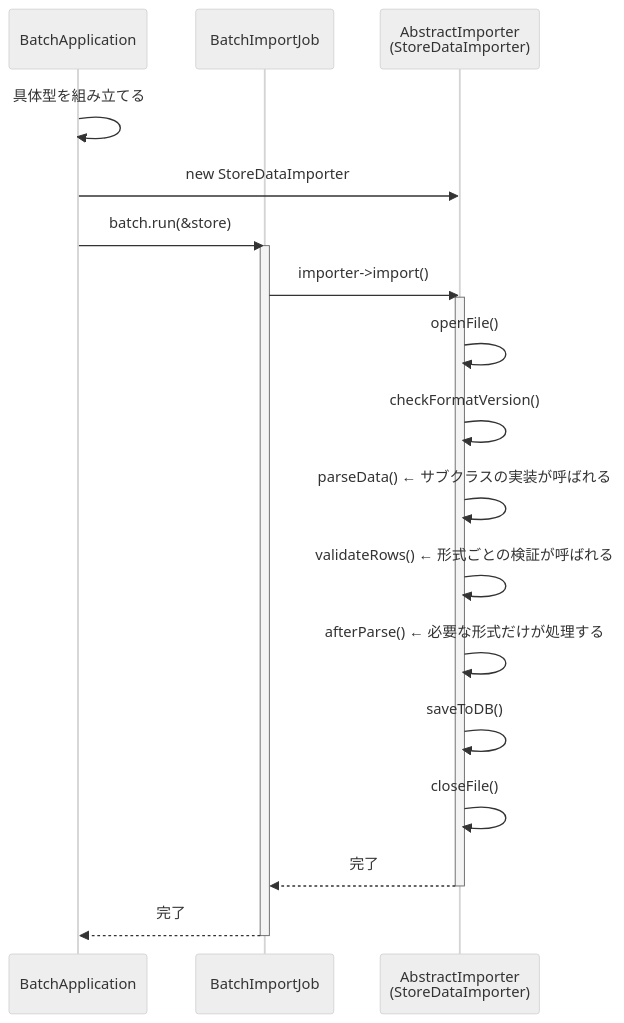
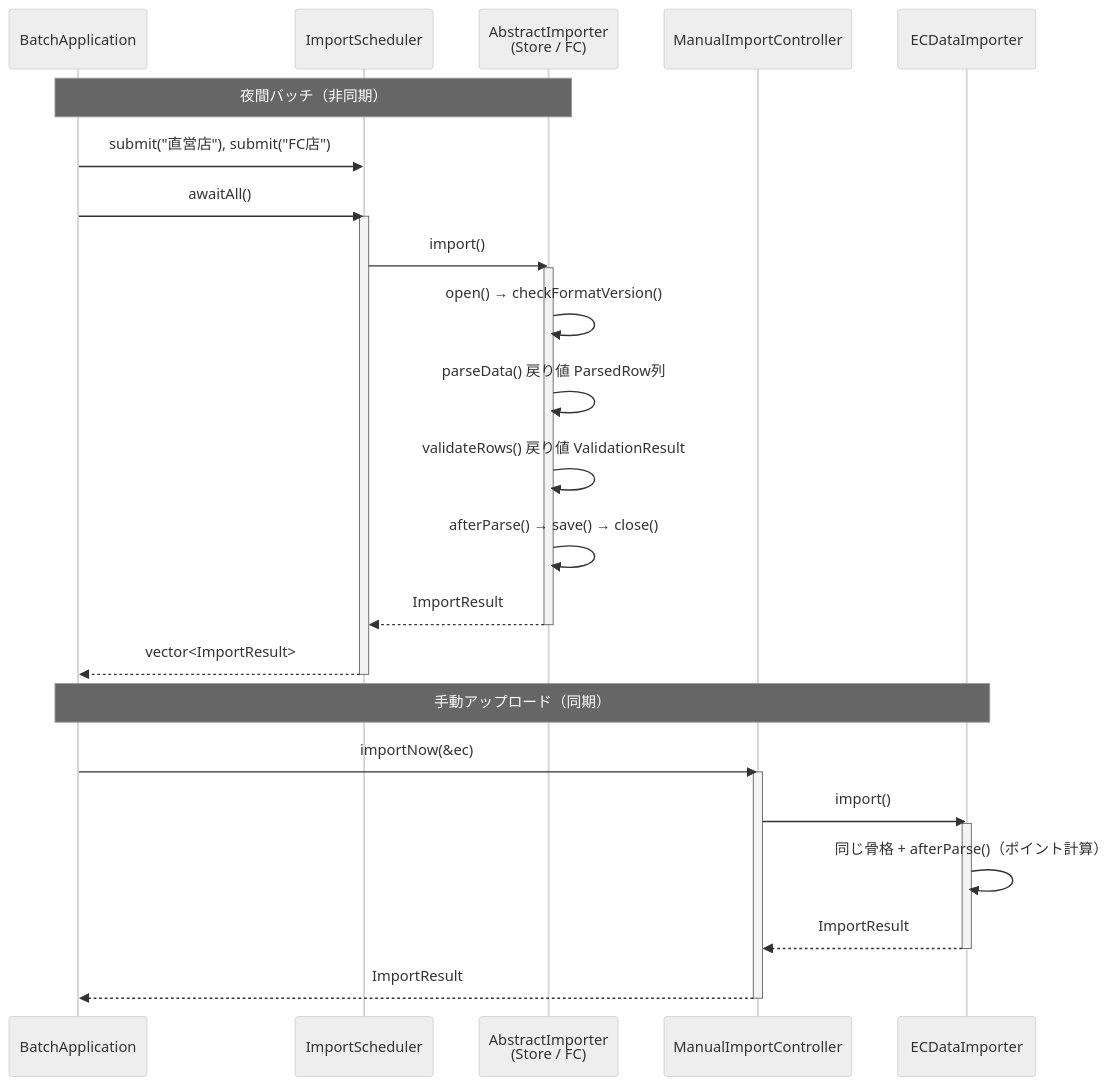
Before and after one commit to kumachan1101-pixel/DesignPattern: the fifth of 9 diagrams in kindle/design-patterns/output/chapter04.md, drawn with Mermaid (neutral theme). The commit also changed other lines of this file, not shown here.

````diff
--- a/kindle/design-patterns/output/chapter04.md
+++ b/kindle/design-patterns/output/chapter04.md
@@ -1454,24 +1430,34 @@
 ```mermaid
 sequenceDiagram
     participant B as BatchApplication
-    participant BIJ as BatchImportJob
-    participant AI as AbstractImporter<br/>(StoreDataImporter)
+    participant SC as ImportScheduler
+    participant AI as AbstractImporter<br/>(Store / FC)
+    participant MC as ManualImportController
+    participant EC as ECDataImporter
 
-    B->>B: 具体型を組み立てる
-    B->>AI: new StoreDataImporter
-    B->>BIJ: batch.run(&store)
-    activate BIJ
-    BIJ->>AI: importer->import()
+    Note over B,AI: 夜間バッチ（非同期）
+    B->>SC: submit("直営店"), submit("FC店")
+    B->>SC: awaitAll()
+    activate SC
+    SC->>AI: import()
     activate AI
-    AI->>AI: openFile()
-    AI->>AI: checkFormatVersion()
-    AI->>AI: parseData() ← サブクラスの実装が呼ばれる
-    AI->>AI: validateRows() ← 形式ごとの検証が呼ばれる
-    AI->>AI: afterParse() ← 必要な形式だけが処理する
-    AI->>AI: saveToDB()
-    AI->>AI: closeFile()
-    AI-->>BIJ: 完了
+    AI->>AI: open() → checkFormatVersion()
+    AI->>AI: parseData() 戻り値 ParsedRow列
+    AI->>AI: validateRows() 戻り値 ValidationResult
+    AI->>AI: afterParse() → save() → close()
+    AI-->>SC: ImportResult
     deactivate AI
-    BIJ-->>B: 完了
-    deactivate BIJ
+    SC-->>B: vector<ImportResult>
+    deactivate SC
+
+    Note over B,EC: 手動アップロード（同期）
+    B->>MC: importNow(&ec)
+    activate MC
+    MC->>EC: import()
+    activate EC
+    EC->>EC: 同じ骨格 + afterParse()（ポイント計算）
+    EC-->>MC: ImportResult
+    deactivate EC
+    MC-->>B: ImportResult
+    deactivate MC
 ```
````
